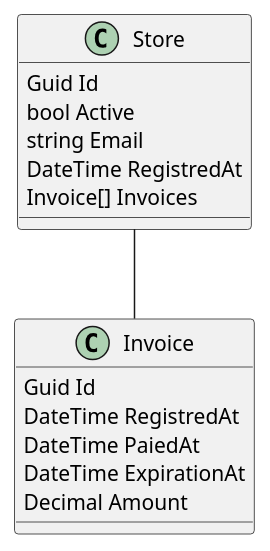
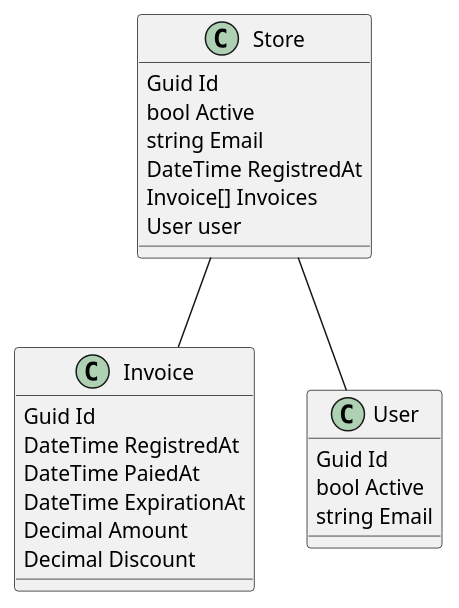
One commit to silvagpe/nestjs-ddd changed the diagram in diagrama-classes.wsd. Above: the diagram before and after it, drawn with PlantUML. The commit also changed 7 other files, not shown here.

```diff
--- a/diagrama-classes.wsd
+++ b/diagrama-classes.wsd
@@ -1,21 +1,30 @@
 @startuml Diagrama de classes Nextar Backoffice
 
 
 Store -- Invoice
+Store -- User
 
 class Store{
     Guid Id
     bool Active
     string Email        
     DateTime RegistredAt    
     Invoice[] Invoices
+    User user
 }
 
 class Invoice{
     Guid Id
     DateTime RegistredAt
     DateTime PaiedAt
     DateTime ExpirationAt
     Decimal Amount
+    Decimal Discount
+}
+
+class User{
+    Guid Id
+    bool Active
+    string Email            
 }
 @enduml
```
